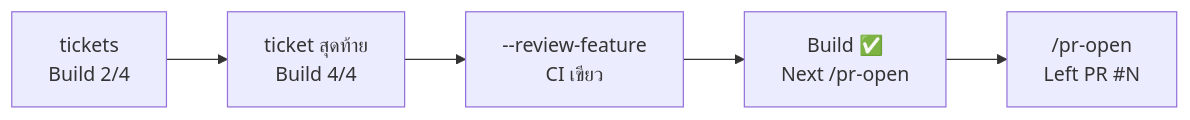
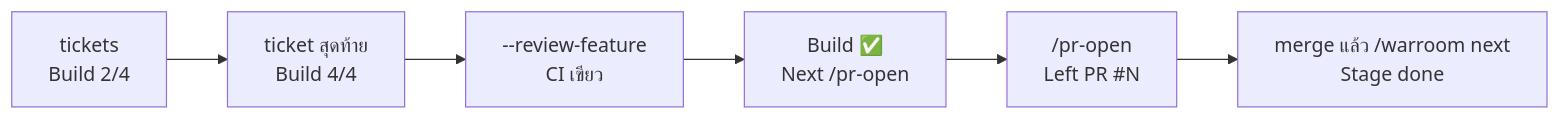
The fifth of 7 diagrams in docs/flow.th.md (mousemouse094526/kiki-kit), drawn with Mermaid before and after one commit. The commit also changed other lines of this file and 5 other files, not shown here.

First line of the commit message:
feat(warroom): one branch per feature, and /warroom next closes merged PRs

````diff
--- a/docs/flow.th.md
+++ b/docs/flow.th.md
@@ -158,10 +158,11 @@
 ```mermaid
 flowchart LR
     T["tickets<br/>Build 2/4"]
     R["ticket สุดท้าย<br/>Build 4/4"]
     FR["--review-feature<br/>CI เขียว"]
     OK["Build ✅<br/>Next /pr-open"]
     PR["/pr-open<br/>Left PR #N"]
+    MG["merge แล้ว /warroom next<br/>Stage done"]
 
-    T --> R --> FR --> OK --> PR
+    T --> R --> FR --> OK --> PR --> MG
 ```
````
